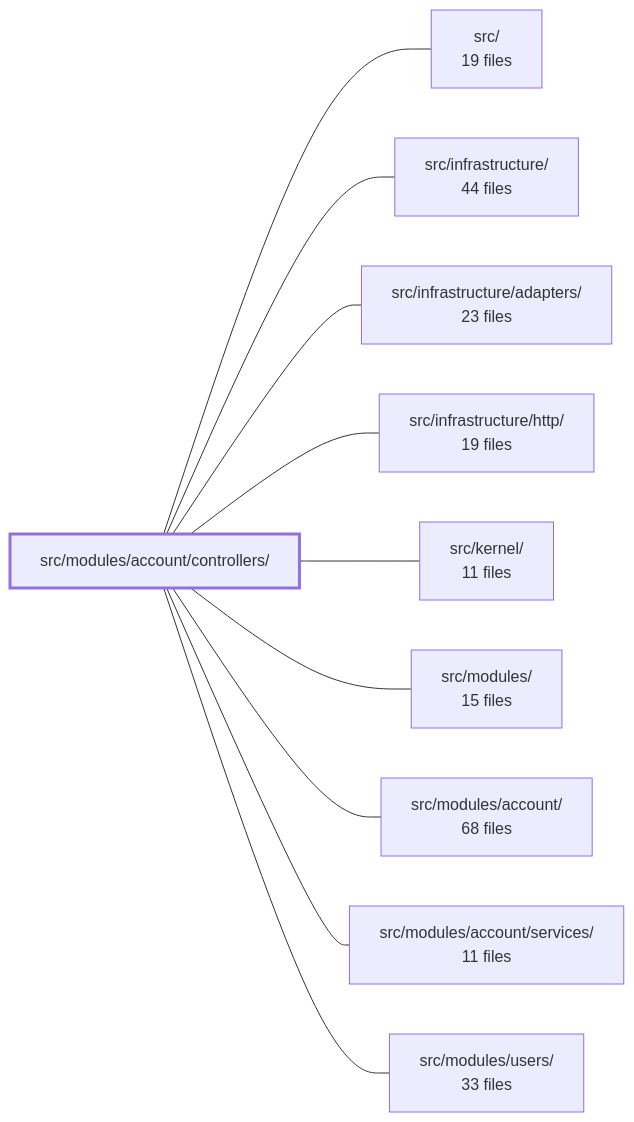
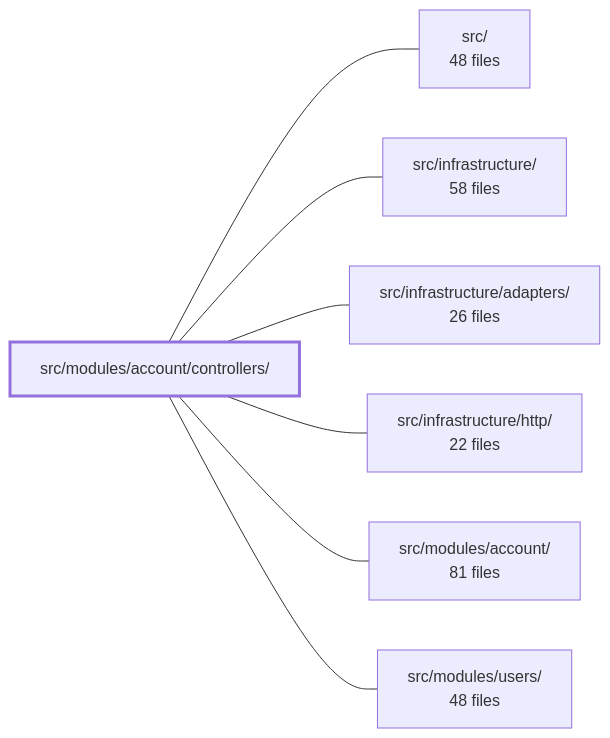
The diagram in .2brain/modules/boilerplate-node-backend_src_modules_account_controllers.md (Guebbit/boilerplate-node-backend), drawn with Mermaid before and after one commit. The commit also changed other lines of this file and 187 other files, not shown here.

````diff
--- a/.2brain/modules/boilerplate-node-backend_src_modules_account_controllers.md
+++ b/.2brain/modules/boilerplate-node-backend_src_modules_account_controllers.md
@@ -42,23 +42,17 @@
 ```mermaid
 flowchart LR
     m_src_modules_account_controllers["src/modules/account/controllers/"]
-    m_src["src/<br/>19 files"]
-    m_src_infrastructure["src/infrastructure/<br/>44 files"]
-    m_src_infrastructure_adapters["src/infrastructure/adapters/<br/>23 files"]
-    m_src_infrastructure_http["src/infrastructure/http/<br/>19 files"]
-    m_src_kernel["src/kernel/<br/>11 files"]
-    m_src_modules["src/modules/<br/>15 files"]
-    m_src_modules_account["src/modules/account/<br/>68 files"]
-    m_src_modules_account_services["src/modules/account/services/<br/>11 files"]
-    m_src_modules_users["src/modules/users/<br/>33 files"]
+    m_src["src/<br/>48 files"]
+    m_src_infrastructure["src/infrastructure/<br/>58 files"]
+    m_src_infrastructure_adapters["src/infrastructure/adapters/<br/>26 files"]
+    m_src_infrastructure_http["src/infrastructure/http/<br/>22 files"]
+    m_src_modules_account["src/modules/account/<br/>81 files"]
+    m_src_modules_users["src/modules/users/<br/>48 files"]
     m_src_modules_account_controllers --- m_src
     m_src_modules_account_controllers --- m_src_infrastructure
     m_src_modules_account_controllers --- m_src_infrastructure_adapters
     m_src_modules_account_controllers --- m_src_infrastructure_http
-    m_src_modules_account_controllers --- m_src_kernel
-    m_src_modules_account_controllers --- m_src_modules
     m_src_modules_account_controllers --- m_src_modules_account
-    m_src_modules_account_controllers --- m_src_modules_account_services
     m_src_modules_account_controllers --- m_src_modules_users
     style m_src_modules_account_controllers stroke-width:3px
 ```
````
